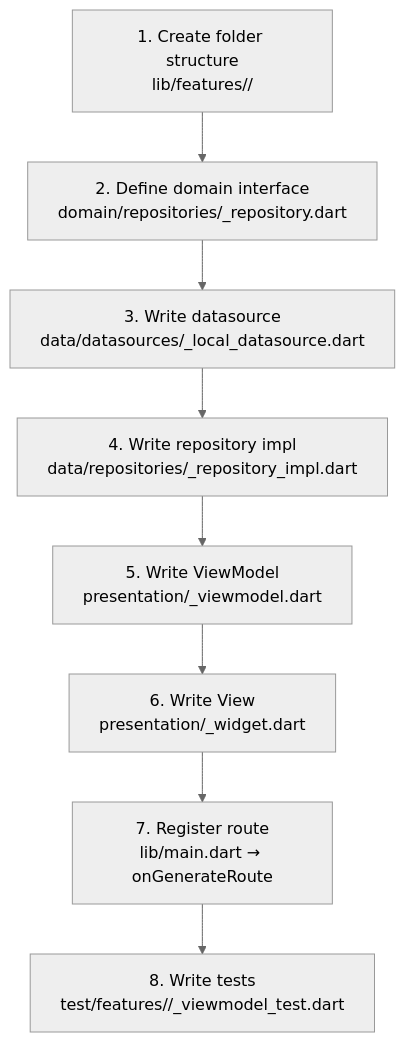
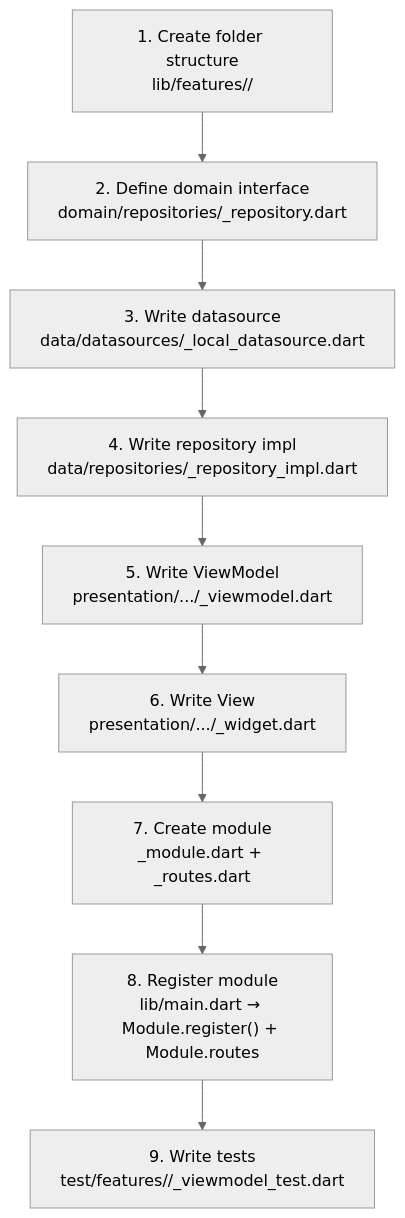
One commit to davidgaspardev/powerflix changed the sixth of 7 diagrams in CONTRIBUTING.md. Above: the diagram before and after it, drawn with Mermaid (neutral theme). The commit also changed other lines of this file and 36 other files, not shown here.

````diff
--- a/CONTRIBUTING.md
+++ b/CONTRIBUTING.md
@@ -309,13 +351,14 @@
 ```mermaid
 flowchart TD
     A["1. Create folder structure\nlib/features/<name>/"]
     B["2. Define domain interface\ndomain/repositories/<name>_repository.dart"]
     C["3. Write datasource\ndata/datasources/<name>_local_datasource.dart"]
     D["4. Write repository impl\ndata/repositories/<name>_repository_impl.dart"]
-    E["5. Write ViewModel\npresentation/<name>_viewmodel.dart"]
-    F["6. Write View\npresentation/<name>_widget.dart"]
-    G["7. Register route\nlib/main.dart → onGenerateRoute"]
-    H["8. Write tests\ntest/features/<name>/<name>_viewmodel_test.dart"]
+    E["5. Write ViewModel\npresentation/.../<name>_viewmodel.dart"]
+    F["6. Write View\npresentation/.../<name>_widget.dart"]
+    G["7. Create module\n<name>_module.dart + <name>_routes.dart"]
+    H["8. Register module\nlib/main.dart → Module.register() + Module.routes"]
+    I["9. Write tests\ntest/features/<name>/<name>_viewmodel_test.dart"]
 
-    A --> B --> C --> D --> E --> F --> G --> H
+    A --> B --> C --> D --> E --> F --> G --> H --> I
 ```
````
